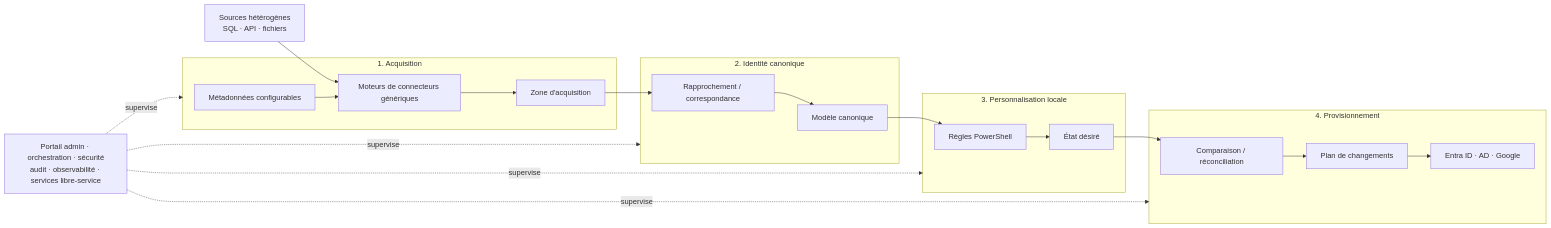
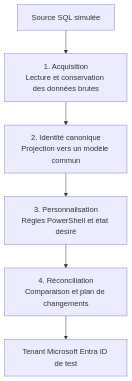
Before and after one commit to JoelQuimper/directory-provisioning: the first of 2 diagrams in docs/architecture.md, drawn with Mermaid. The commit also changed other lines of this file, not shown here.

Commit message:
Revise architecture diagram and enhance flow description in documentation

````diff
--- a/docs/architecture.md
+++ b/docs/architecture.md
@@ -57,45 +57,19 @@
 ```mermaid
-flowchart LR
-    Sources["Sources hétérogènes
-SQL · API · fichiers"]
+flowchart TD
+    Source["Source SQL simulée"]
+    Acquisition["1. Acquisition
+Lecture et conservation des données brutes"]
+    Canonical["2. Identité canonique
+Projection vers un modèle commun"]
+    Rules["3. Personnalisation
+Règles PowerShell et état désiré"]
+    Reconciliation["4. Réconciliation
+Comparaison et plan de changements"]
+    Target["Tenant Microsoft Entra ID de test"]
 
-    subgraph L1["1. Acquisition"]
-        Metadata["Métadonnées configurables"]
-        Connectors["Moteurs de connecteurs génériques"]
-        Staging["Zone d'acquisition"]
-    end
-
-    subgraph L2["2. Identité canonique"]
-        Canonical["Modèle canonique"]
-        Correlation["Rapprochement / correspondance"]
-    end
-
-    subgraph L3["3. Personnalisation locale"]
-        PowerShell["Règles PowerShell"]
-        Desired["État désiré"]
-    end
-
-    subgraph L4["4. Provisionnement"]
-        Diff["Comparaison / réconciliation"]
-        Plan["Plan de changements"]
-        Targets["Entra ID · AD · Google"]
-    end
-
-    Sources --> Connectors
-    Metadata --> Connectors
-    Connectors --> Staging
-    Staging --> Correlation
-    Correlation --> Canonical
-    Canonical --> PowerShell
-    PowerShell --> Desired
-    Desired --> Diff
-    Diff --> Plan
-    Plan --> Targets
-
-    Control["Portail admin · orchestration · sécurité
-audit · observabilité · services libre-service"]
-    Control -. supervise .-> L1
-    Control -. supervise .-> L2
-    Control -. supervise .-> L3
-    Control -. supervise .-> L4
+    Source --> Acquisition
+    Acquisition --> Canonical
+    Canonical --> Rules
+    Rules --> Reconciliation
+    Reconciliation --> Target
 ```
````
